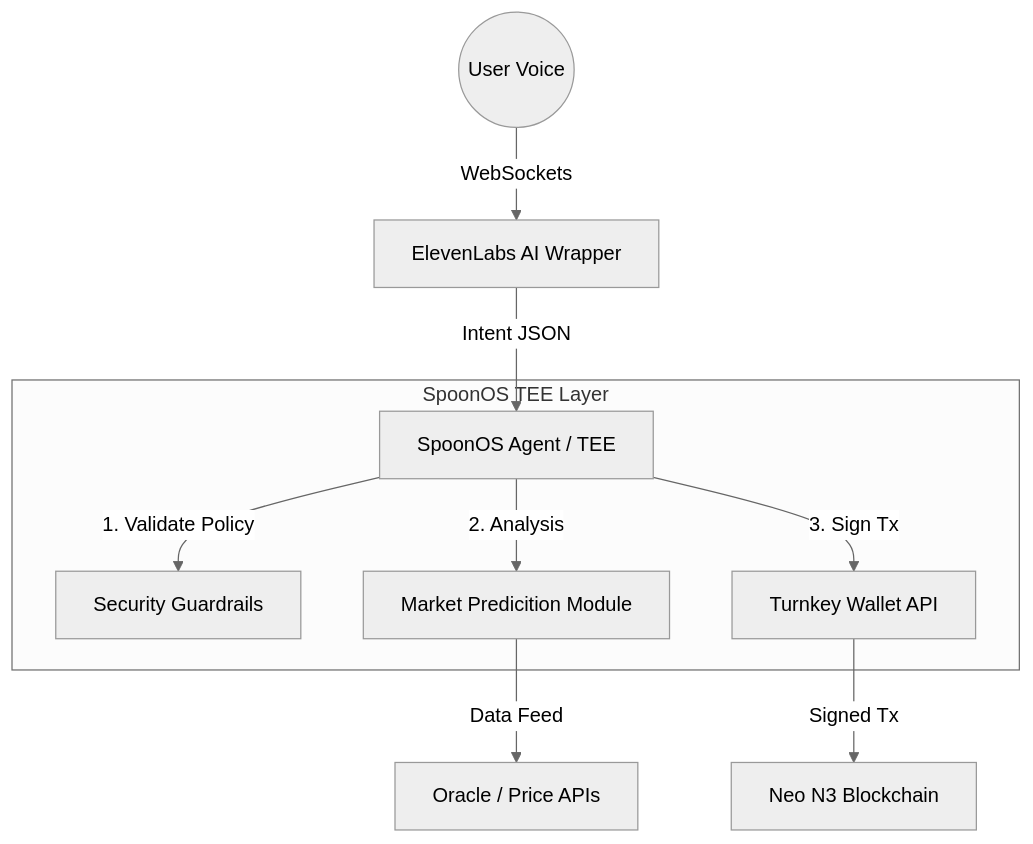
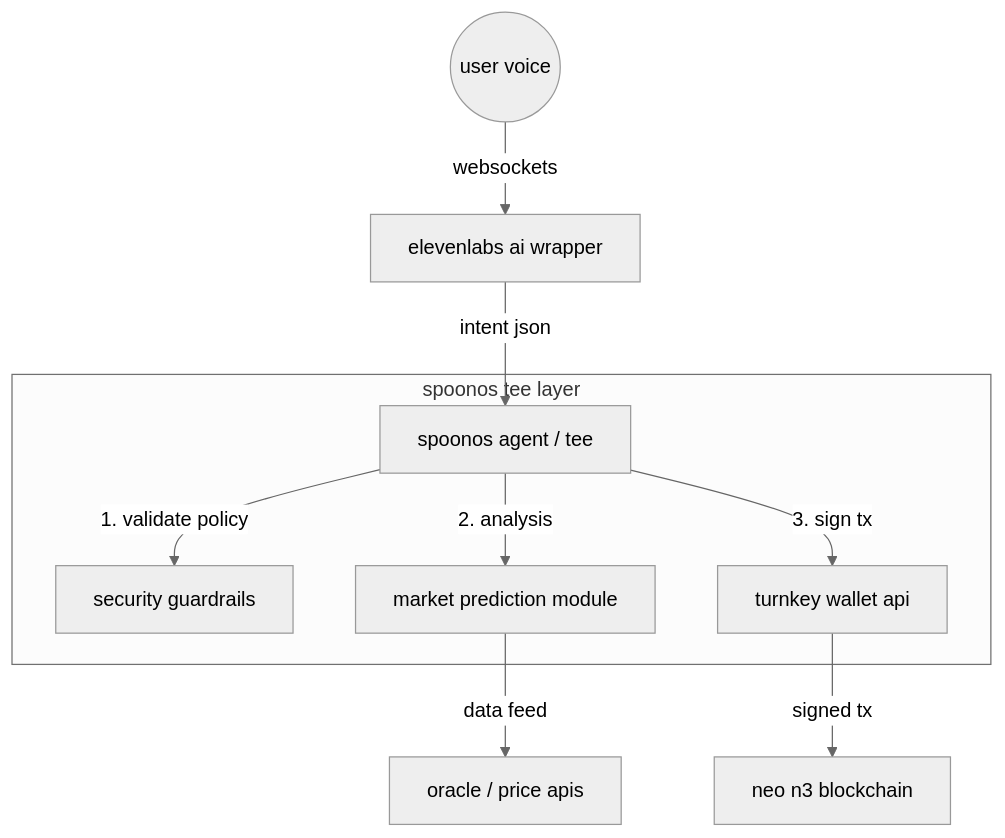
The diagram in README.md (sid-081205/flowchain), drawn with Mermaid (neutral theme) before and after one commit. The commit also changed other lines of this file and 1 other file, not shown here.

````diff
--- a/README.md
+++ b/README.md
@@ -17,14 +13,14 @@
 ```mermaid
 graph TD
-    User((User Voice)) -->|WebSockets| EL[ElevenLabs AI Wrapper]
-    EL -->|Intent JSON| Agent[SpoonOS Agent / TEE]
+    user((user voice)) -->|websockets| el[elevenlabs ai wrapper]
+    el -->|intent json| agent[spoonos agent / tee]
     
-    subgraph "SpoonOS TEE Layer"
-        Agent -->|1. Validate Policy| Guard[Security Guardrails]
-        Agent -->|2. Analysis| Market[Market Predicition Module]
-        Agent -->|3. Sign Tx| Signer[Turnkey Wallet API]
+    subgraph "spoonos tee layer"
+        agent -->|1. validate policy| guard[security guardrails]
+        agent -->|2. analysis| market[market prediction module]
+        agent -->|3. sign tx| signer[turnkey wallet api]
     end
     
-    Market -->|Data Feed| External[Oracle / Price APIs]
-    Signer -->|Signed Tx| Neo[Neo N3 Blockchain]
+    market -->|data feed| external[oracle / price apis]
+    signer -->|signed tx| neo[neo n3 blockchain]
 ```
````
